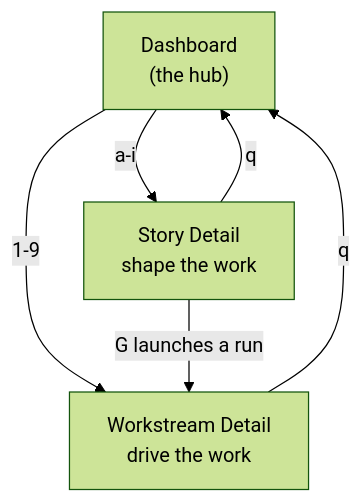
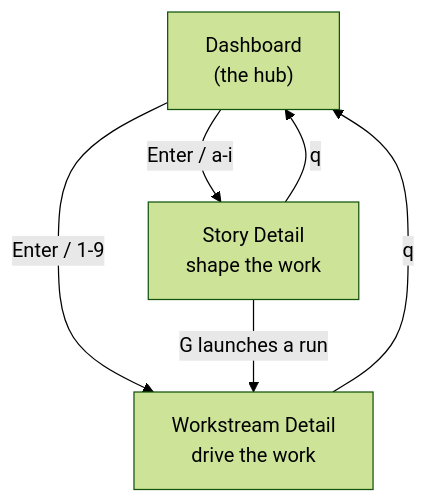
The diagram in docs/watch.md (codr1/hashd-code), drawn with Mermaid (forest theme) before and after one commit. The commit also changed other lines of this file and 23 other files, not shown here.

````diff
--- a/docs/watch.md
+++ b/docs/watch.md
@@ -18,11 +18,11 @@
 ```mermaid
 flowchart TD
     D["Dashboard<br/>(the hub)"]
     S["Story Detail<br/>shape the work"]
     W["Workstream Detail<br/>drive the work"]
-    D -- "a-i" --> S
-    D -- "1-9" --> W
+    D -- "Enter / a-i" --> S
+    D -- "Enter / 1-9" --> W
     S -- "G launches a run" --> W
     S -- "q" --> D
     W -- "q" --> D
 ```
````
